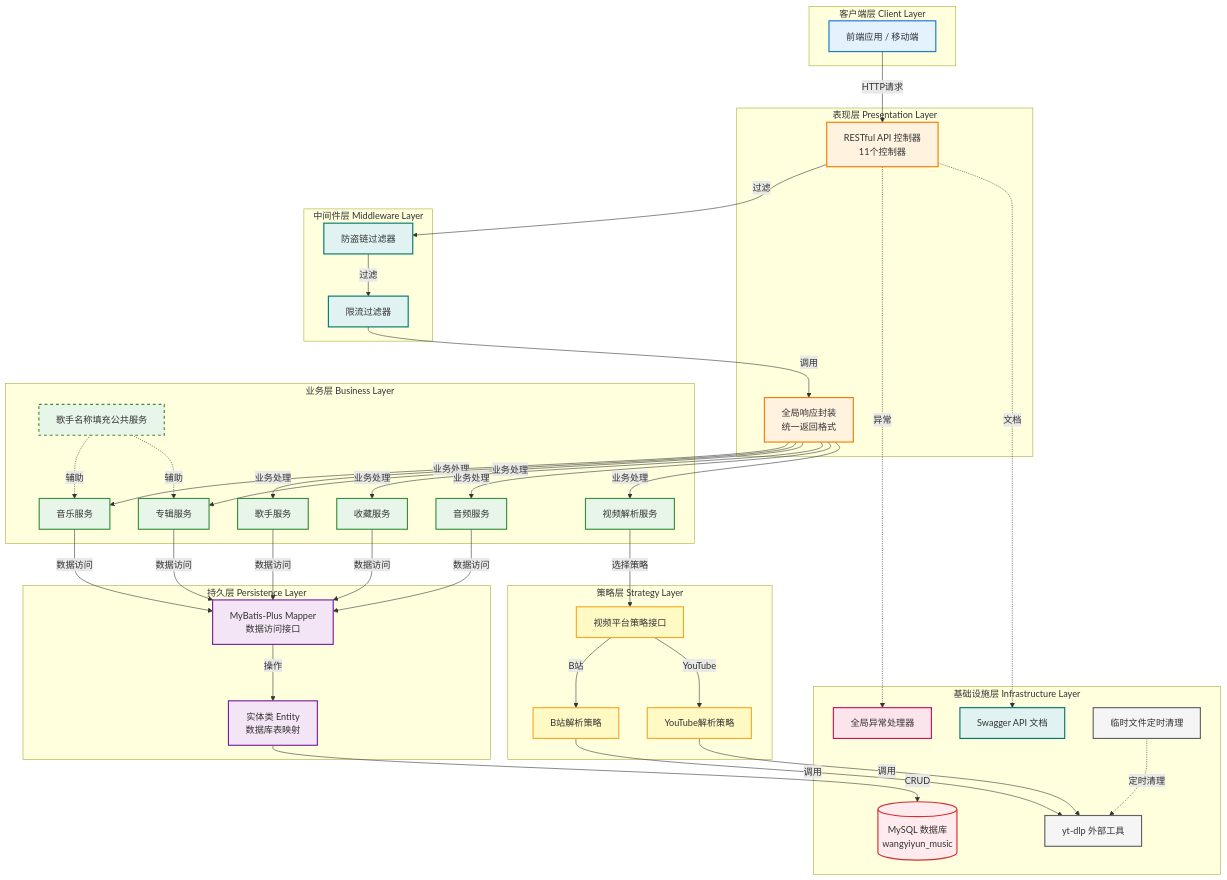
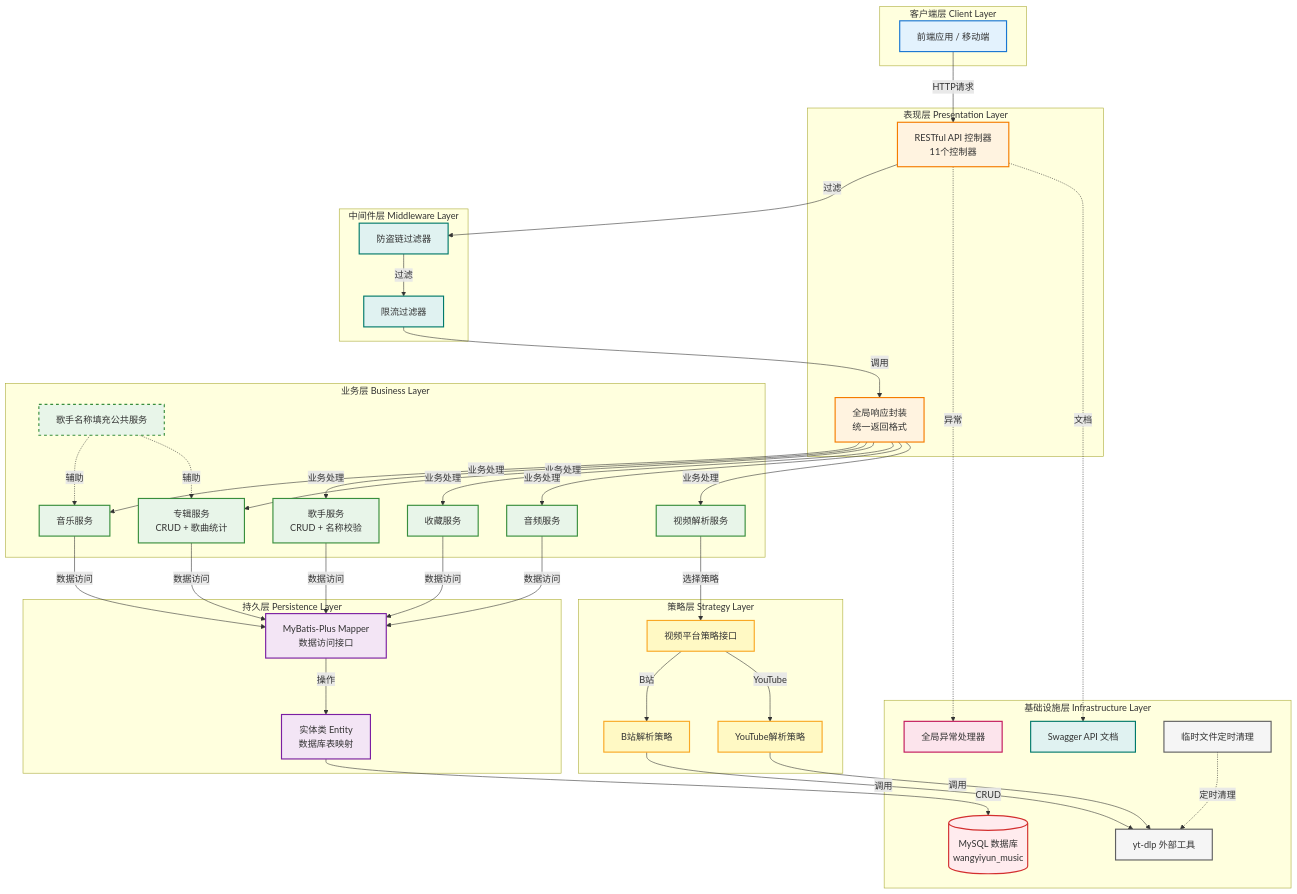
Before and after one commit to naruto055/wangyiyun-music: the second of 2 diagrams in CLAUDE.md, drawn with Mermaid. The commit also changed other lines of this file and 1 other file, not shown here.

```diff
--- a/CLAUDE.md
+++ b/CLAUDE.md
@@ -138,8 +155,8 @@
 
     subgraph "业务层 Business Layer"
         MusicService[音乐服务]
-        ArtistService[歌手服务]
-        AlbumService[专辑服务]
+        ArtistService[歌手服务<br/>CRUD + 名称校验]
+        AlbumService[专辑服务<br/>CRUD + 歌曲统计]
         FavoriteService[收藏服务]
         AudioService[音频服务]
         VideoParseService[视频解析服务]
```
